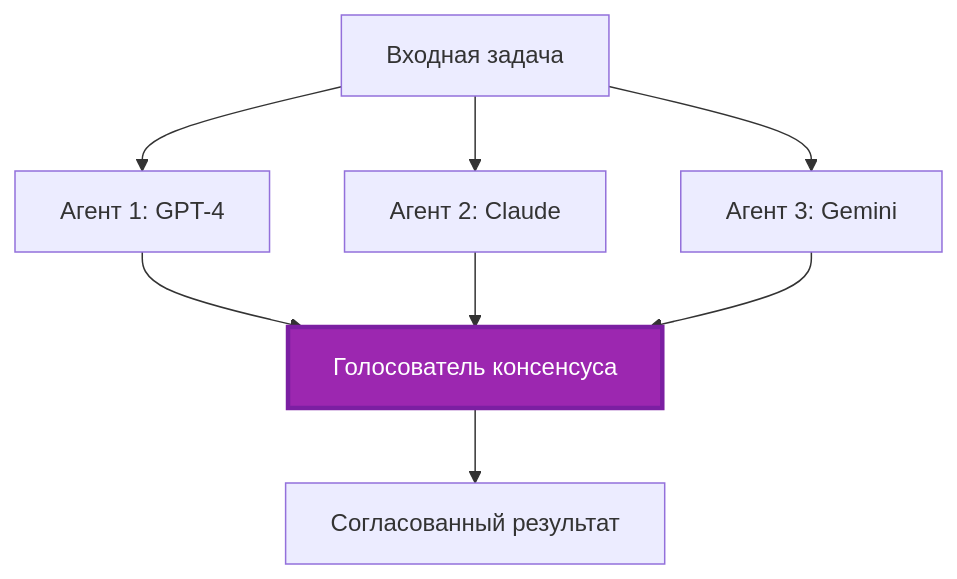
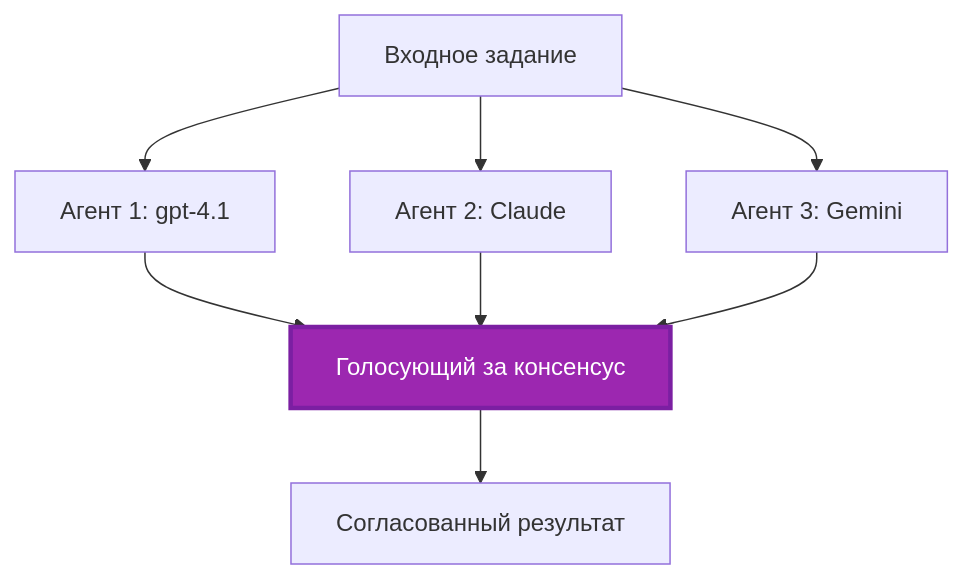
The fifth of 6 diagrams in translations/ru/docs/chapter-06-pre-deployment/coordination-patterns.md (microsoft/AZD-for-beginners), drawn with Mermaid before and after one commit. The commit also changed other lines of this file and 101 other files, not shown here.

````diff
--- a/translations/ru/docs/chapter-06-pre-deployment/coordination-patterns.md
+++ b/translations/ru/docs/chapter-06-pre-deployment/coordination-patterns.md
@@ -231,19 +225,19 @@
 ```mermaid
 graph TB
-    Input[Входная задача]
-    Agent1[Агент 1: GPT-4]
+    Input[Входное задание]
+    Agent1[Агент 1: gpt-4.1]
     Agent2[Агент 2: Claude]
     Agent3[Агент 3: Gemini]
-    Voter[Голосователь консенсуса]
+    Voter[Голосующий за консенсус]
     Output[Согласованный результат]
     
     Input --> Agent1
     Input --> Agent2
     Input --> Agent3
     Agent1 --> Voter
     Agent2 --> Voter
     Agent3 --> Voter
     Voter --> Output
     
     style Voter fill:#9C27B0,stroke:#7B1FA2,stroke-width:3px,color:#fff
 ```
````
